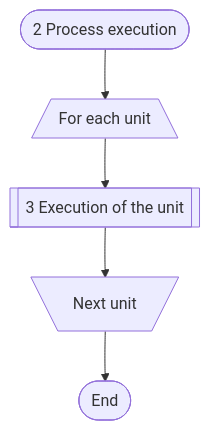
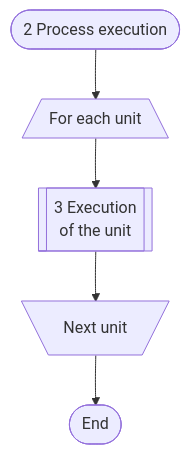
Before and after one commit to savushkin-r-d/ptusa_main: the second of 7 diagrams in readme.md, drawn with Mermaid. The commit also changed other lines of this file, not shown here.

Commit message:
Edit diagrams forms.

````diff
--- a/readme.md
+++ b/readme.md
@@ -56,10 +61,10 @@
 ``` mermaid
 
 flowchart TD
 
     A([2 Process execution]) --> B[/For each unit\]
     B[/For each unit\] --> C[[3 Execution of the unit]]
-    C[[3 Execution of the unit]] --> D[\Next unit/]
+    C[[3 Execution <br/> of the unit]] --> D[\Next unit/]
     D[\Next unit/] --> E([End])
 
 ```
````
